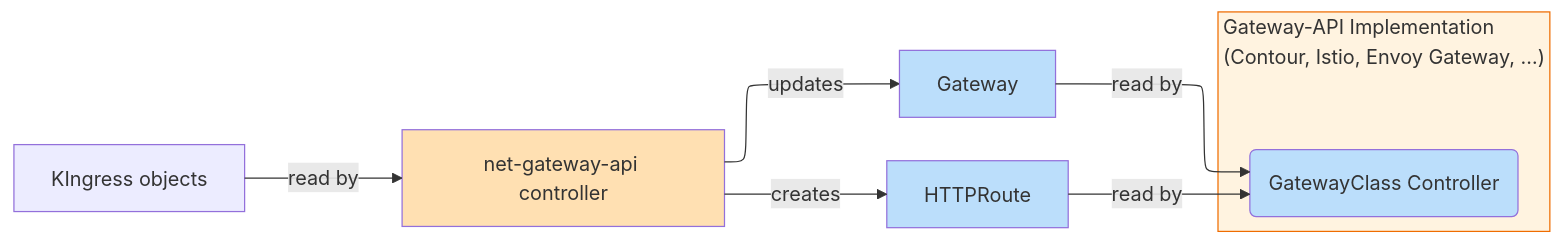
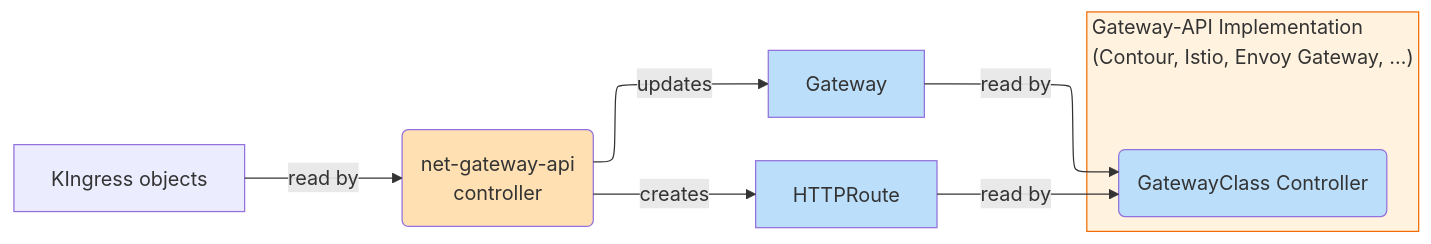
One commit to knative/docs changed the seventh of 8 diagrams in docs/versioned/serving/config-network-adapters.md. Above: the diagram before and after it, drawn with Mermaid. The commit also changed other lines of this file and 1 other file, not shown here.

````diff
--- a/docs/versioned/serving/config-network-adapters.md
+++ b/docs/versioned/serving/config-network-adapters.md
@@ -190,25 +193,25 @@
     ```mermaid
     ---
     config:
       layout: elk
       theme: default
     ---
     flowchart LR
-     net-gateway["net-gateway-api controller"]
+     net-gateway("net-gateway-api<br>controller")
      GW["Gateway"]
      KIngress["KIngress objects"]
      HR["HTTPRoute"]
      subgraph underlying["Gateway-API Implementation<br>(Contour, Istio, Envoy Gateway, …)"]
         Controller("GatewayClass&nbsp;Controller")
       end
         KIngress -- read by --> net-gateway
         net-gateway -- updates --> GW
         net-gateway -- creates --> HR
         GW -- read by --> Controller
         HR -- read by --> Controller
     style net-gateway fill:#FFE0B2
     style GW fill:#BBDEFB
     style HR fill:#BBDEFB
     style Controller fill:#BBDEFB
     style underlying fill:#fff3e0,stroke:#ef6c00
     ```
````
